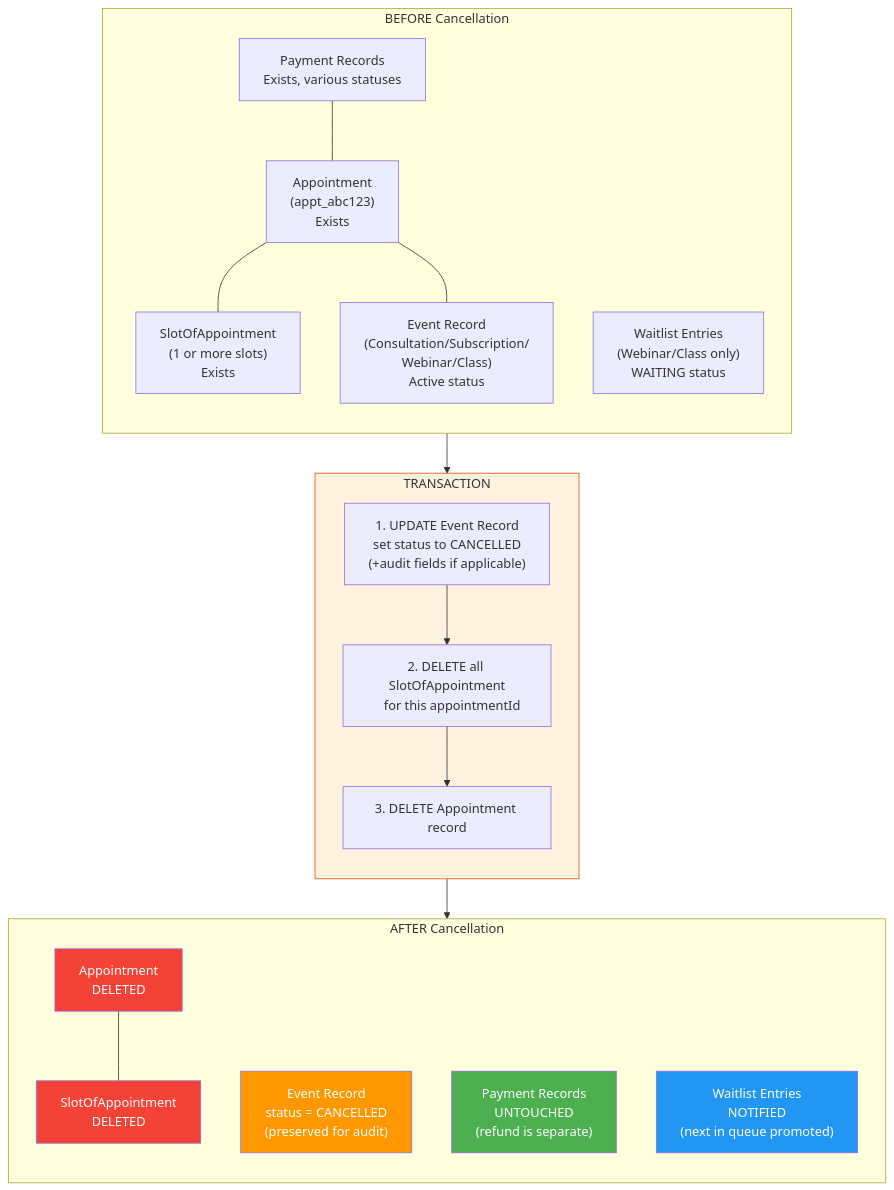
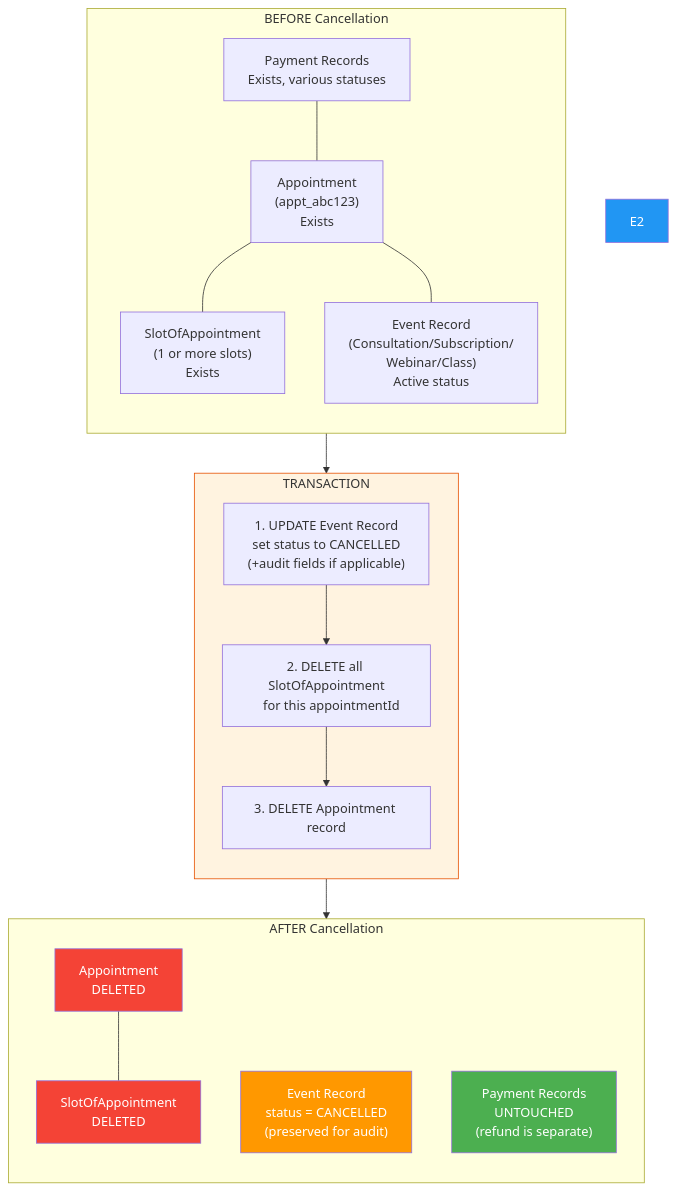
The eighth of 14 diagrams in docs/booking/08-cancellation-flow.md (Practitionist/familiarise_web), drawn with Mermaid before and after one commit. The commit also changed other lines of this file and 181 other files, not shown here.

````diff
--- a/docs/booking/08-cancellation-flow.md
+++ b/docs/booking/08-cancellation-flow.md
@@ -727,35 +716,33 @@
 ```mermaid
 flowchart TD
     subgraph BEFORE["BEFORE Cancellation"]
         direction TB
         A1["Appointment\n(appt_abc123)\nExists"] --- B1["SlotOfAppointment\n(1 or more slots)\nExists"]
         A1 --- C1["Event Record\n(Consultation/Subscription/\nWebinar/Class)\nActive status"]
         D1["Payment Records\nExists, various statuses"] --- A1
-        E1["Waitlist Entries\n(Webinar/Class only)\nWAITING status"]
     end
 
     subgraph TRANSACTION["TRANSACTION"]
         direction TB
         T1["1. UPDATE Event Record\n   set status to CANCELLED\n   (+audit fields if applicable)"]
         T2["2. DELETE all SlotOfAppointment\n   for this appointmentId"]
         T3["3. DELETE Appointment record"]
         T1 --> T2 --> T3
     end
 
     subgraph AFTER["AFTER Cancellation"]
         direction TB
         A2["Appointment\nDELETED"] --- B2["SlotOfAppointment\nDELETED"]
         C2["Event Record\nstatus = CANCELLED\n(preserved for audit)"]
         D2["Payment Records\nUNTOUCHED\n(refund is separate)"]
-        E2["Waitlist Entries\nNOTIFIED\n(next in queue promoted)"]
     end
 
     BEFORE --> TRANSACTION --> AFTER
 
     style A2 fill:#f44336,color:#fff
     style B2 fill:#f44336,color:#fff
     style C2 fill:#ff9800,color:#fff
     style D2 fill:#4caf50,color:#fff
     style E2 fill:#2196f3,color:#fff
     style TRANSACTION fill:#fff3e0,stroke:#e65100
 ```
````
